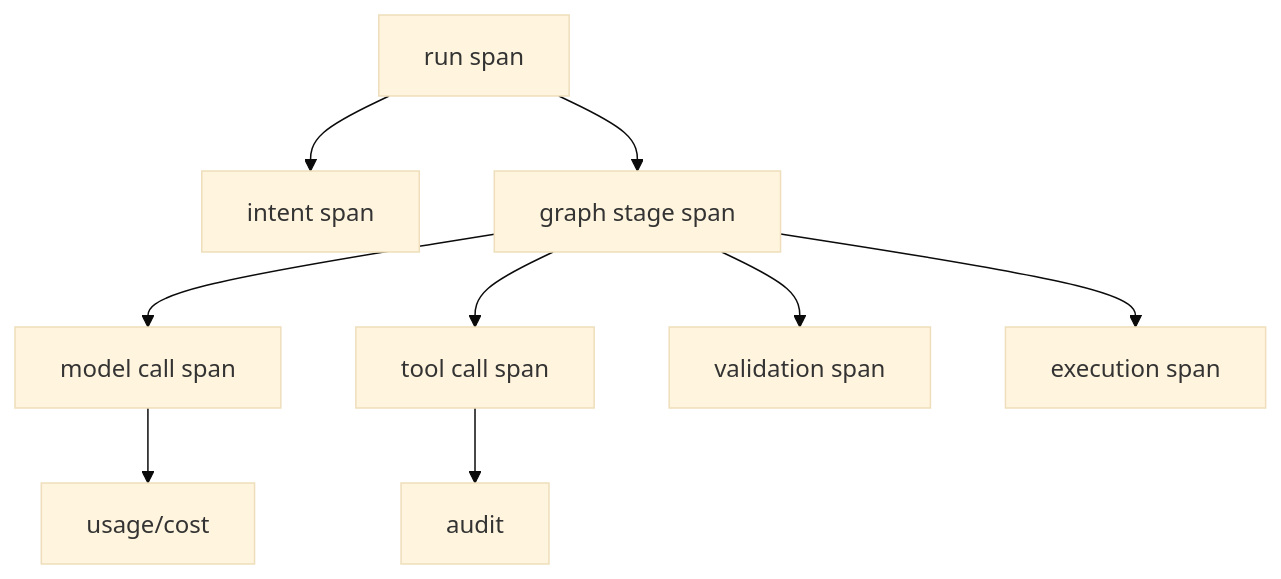
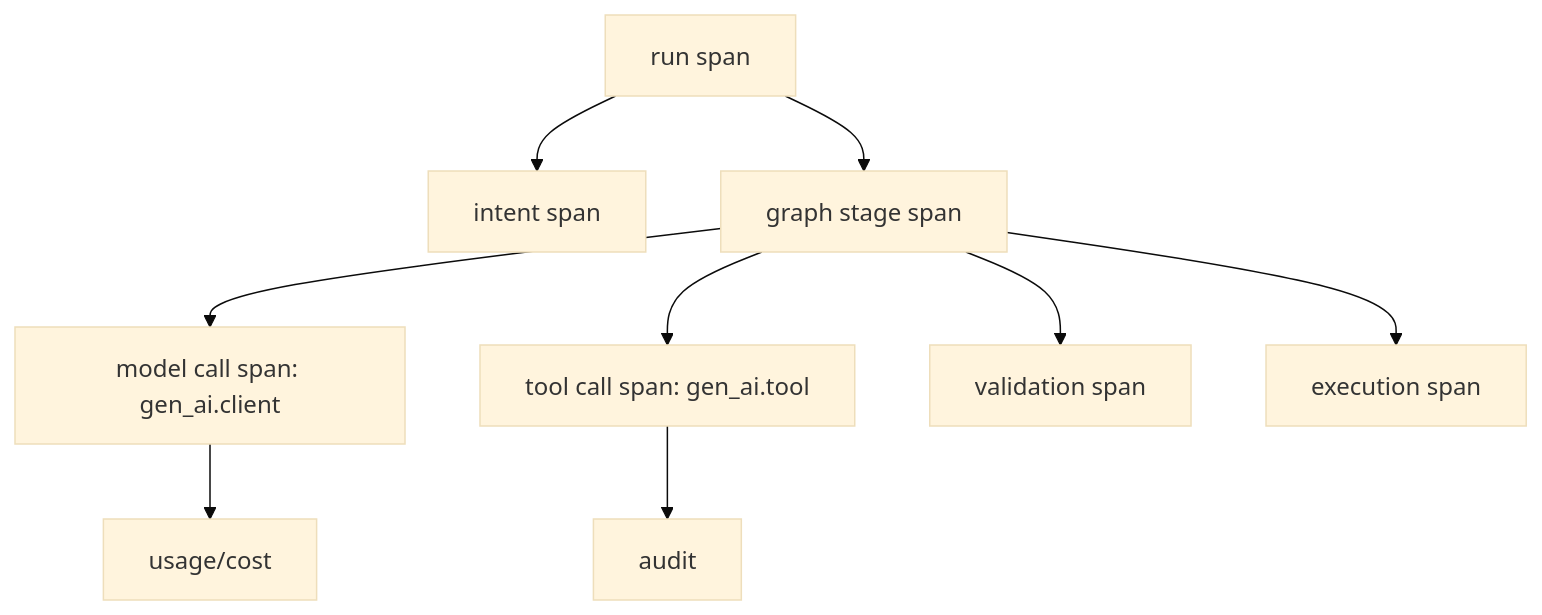
One commit to chinazhenzhen/ultramarines changed the third of 3 diagrams in docs/review/03-llm-engineering-observability.md. Above: the diagram before and after it, drawn with Mermaid (base theme). The commit also changed other lines of this file and 6 other files, not shown here.

````diff
--- a/docs/review/03-llm-engineering-observability.md
+++ b/docs/review/03-llm-engineering-observability.md
@@ -255,11 +290,11 @@
 ```mermaid
 flowchart TD
   R[run span] --> I[intent span]
   R --> G[graph stage span]
-  G --> M[model call span]
-  G --> T[tool call span]
+  G --> M[model call span: gen_ai.client]
+  G --> T[tool call span: gen_ai.tool]
   G --> V[validation span]
   G --> X[execution span]
   M --> U[usage/cost]
   T --> A[audit]
 ```
````
